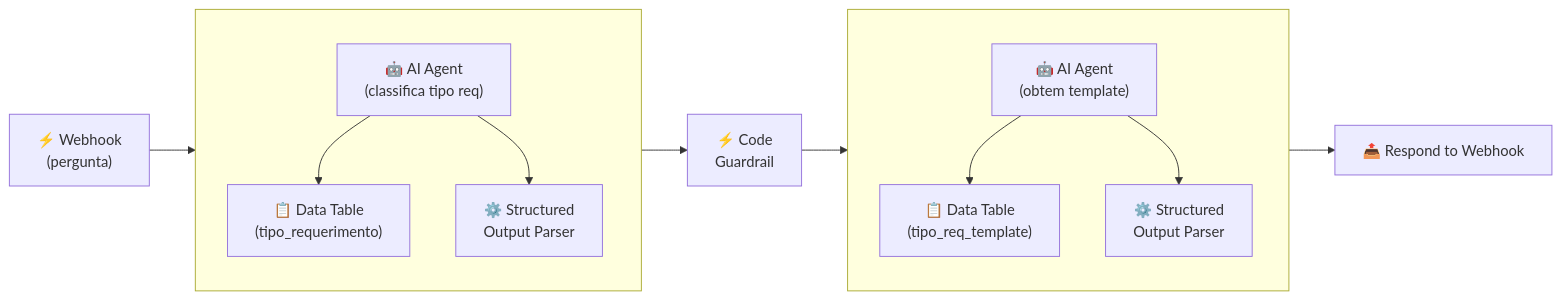
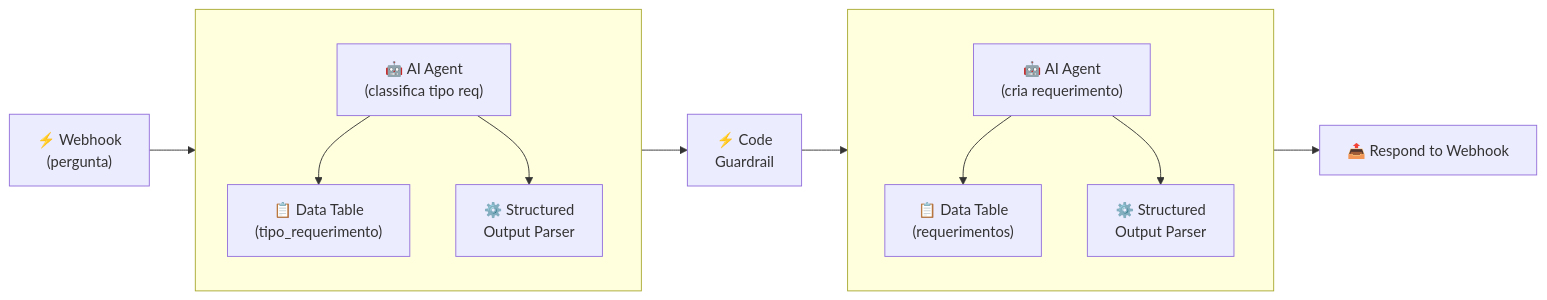
The diagram in pages/n8n/slide-etapa8.md (jcguimaraesnet/course-intelligent-agents), drawn with Mermaid before and after one commit.

Commit message:
docs(n8n): atualizar rotulos do AI Agent e Data Table no slide de live coding na etapa 8

````diff
--- a/pages/n8n/slide-etapa8.md
+++ b/pages/n8n/slide-etapa8.md
@@ -19,17 +19,17 @@
 ```mermaid {theme: 'dark'}
 flowchart LR
     ET["⚡ Webhook<br/>(pergunta)"] --> Sub1
     
     subgraph Sub1 [" "]
         B1["🤖 AI Agent<br/>(classifica tipo req)"] --> DT1["📋 Data Table<br/>(tipo_requerimento)"]
         B1 --> SO1["⚙️ Structured<br/>Output Parser"]
     end
     
     Sub1 --> CG["⚡ Code<br/>Guardrail"]
     CG --> Sub2
     subgraph Sub2 [" "]
-        AG["🤖 AI Agent<br/>(obtem template)"] --> DT2["📋 Data Table<br/>(tipo_req_template)"]
+        AG["🤖 AI Agent<br/>(cria requerimento)"] --> DT2["📋 Data Table<br/>(requerimentos)"]
         AG --> SO2["⚙️ Structured<br/>Output Parser"]
     end
     Sub2 --> RW["📤 Respond to Webhook"]
 ```
````
